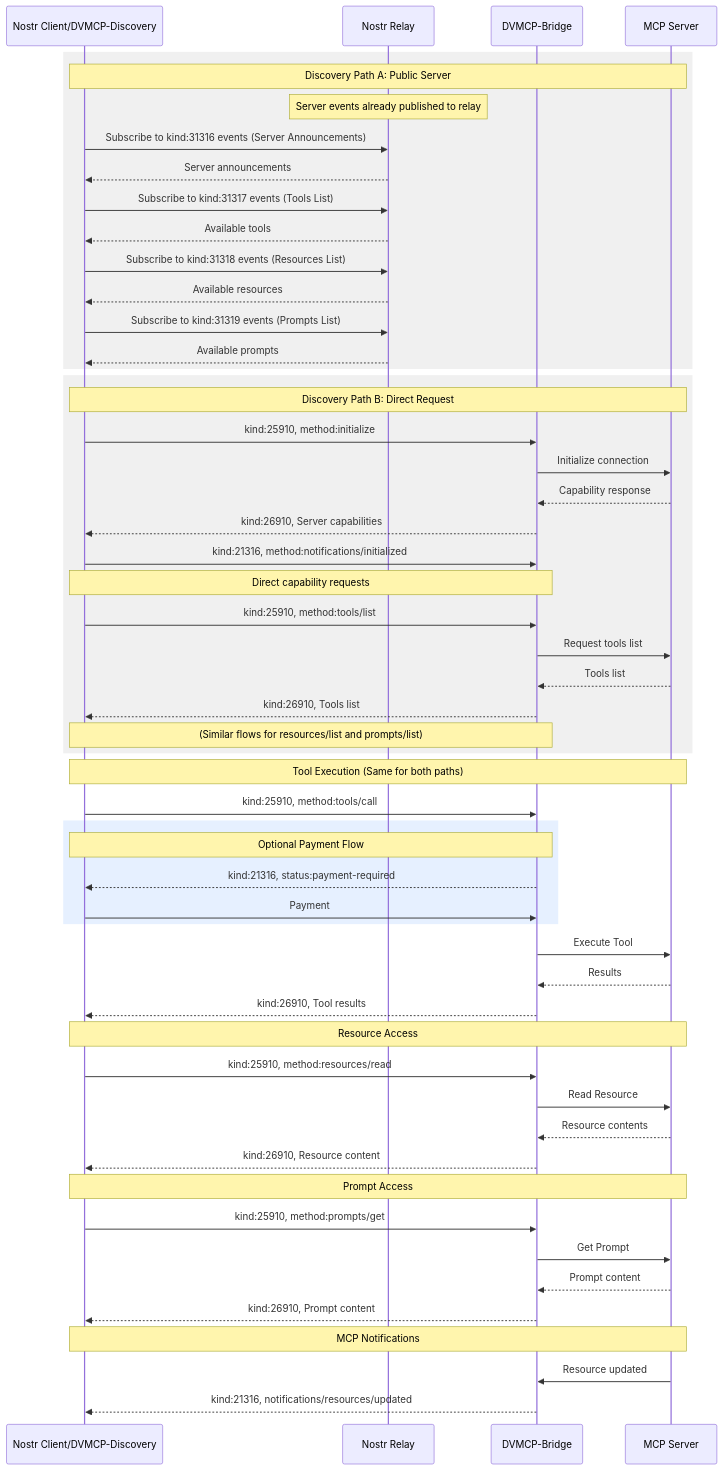
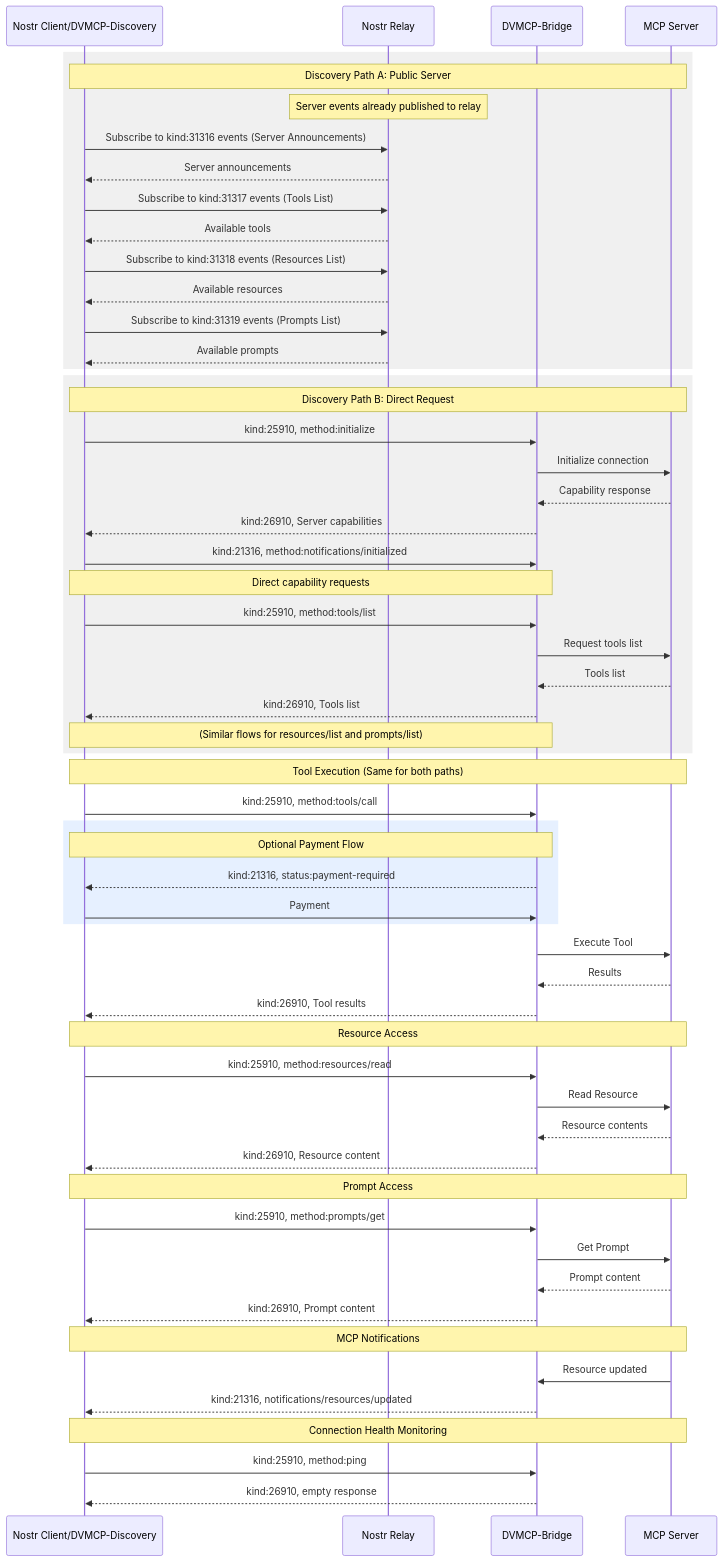
One commit to gzuuus/dvmcp changed the third of 3 diagrams in docs/dvmcp-spec-2025-03-26.md. Above: the diagram before and after it, drawn with Mermaid. The commit also changed other lines of this file and 7 other files, not shown here.

````diff
--- a/docs/dvmcp-spec-2025-03-26.md
+++ b/docs/dvmcp-spec-2025-03-26.md
@@ -980,67 +1087,71 @@
 ```mermaid
 sequenceDiagram
     participant Client as Nostr Client/DVMCP-Discovery
     participant Relay as Nostr Relay
     participant DVM as DVMCP-Bridge
     participant Server as MCP Server
 
     rect rgb(240, 240, 240)
         Note over Client,Server: Discovery Path A: Public Server
         Note over Relay: Server events already published to relay
         
         Client->>Relay: Subscribe to kind:31316 events (Server Announcements)
         Relay-->>Client: Server announcements
         Client->>Relay: Subscribe to kind:31317 events (Tools List)
         Relay-->>Client: Available tools
         Client->>Relay: Subscribe to kind:31318 events (Resources List)
         Relay-->>Client: Available resources
         Client->>Relay: Subscribe to kind:31319 events (Prompts List)
         Relay-->>Client: Available prompts
     end
 
     rect rgb(240, 240, 240)
         Note over Client,Server: Discovery Path B: Direct Request
         Client->>DVM: kind:25910, method:initialize
         DVM->>Server: Initialize connection
         Server-->>DVM: Capability response
         DVM-->>Client: kind:26910, Server capabilities
         Client->>DVM: kind:21316, method:notifications/initialized
         
         Note over Client,DVM: Direct capability requests
         Client->>DVM: kind:25910, method:tools/list
         DVM->>Server: Request tools list
         Server-->>DVM: Tools list
         DVM-->>Client: kind:26910, Tools list
         
         Note over Client,DVM: (Similar flows for resources/list and prompts/list)
     end
 
     Note over Client,Server: Tool Execution (Same for both paths)
     Client->>DVM: kind:25910, method:tools/call
     
     rect rgb(230, 240, 255)
         Note over Client,DVM: Optional Payment Flow
         DVM-->>Client: kind:21316, status:payment-required
         Client->>DVM: Payment
     end
     
     DVM->>Server: Execute Tool
     Server-->>DVM: Results
     DVM-->>Client: kind:26910, Tool results
 
     Note over Client,Server: Resource Access
     Client->>DVM: kind:25910, method:resources/read
     DVM->>Server: Read Resource
     Server-->>DVM: Resource contents
     DVM-->>Client: kind:26910, Resource content
 
     Note over Client,Server: Prompt Access
     Client->>DVM: kind:25910, method:prompts/get
     DVM->>Server: Get Prompt
     Server-->>DVM: Prompt content
     DVM-->>Client: kind:26910, Prompt content
 
     Note over Client,Server: MCP Notifications
     Server->>DVM: Resource updated
     DVM-->>Client: kind:21316, notifications/resources/updated
+
+    Note over Client,Server: Connection Health Monitoring
+    Client->>DVM: kind:25910, method:ping
+    DVM-->>Client: kind:26910, empty response
 ```
````
